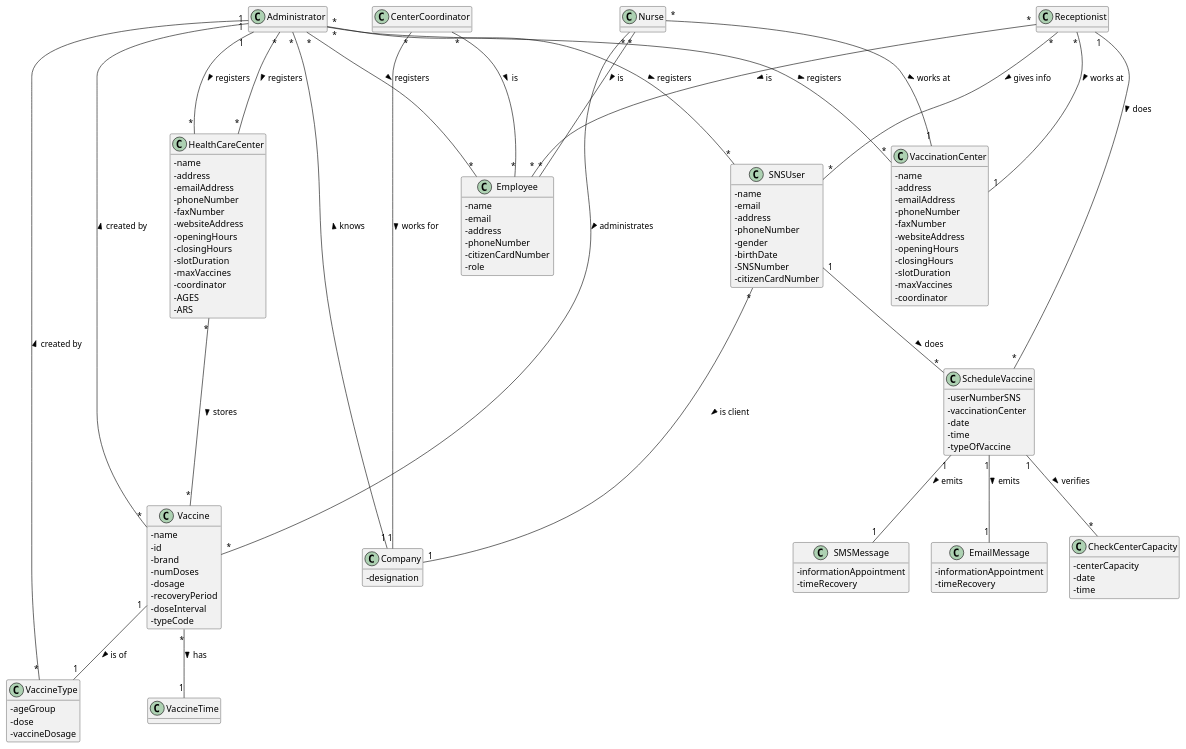
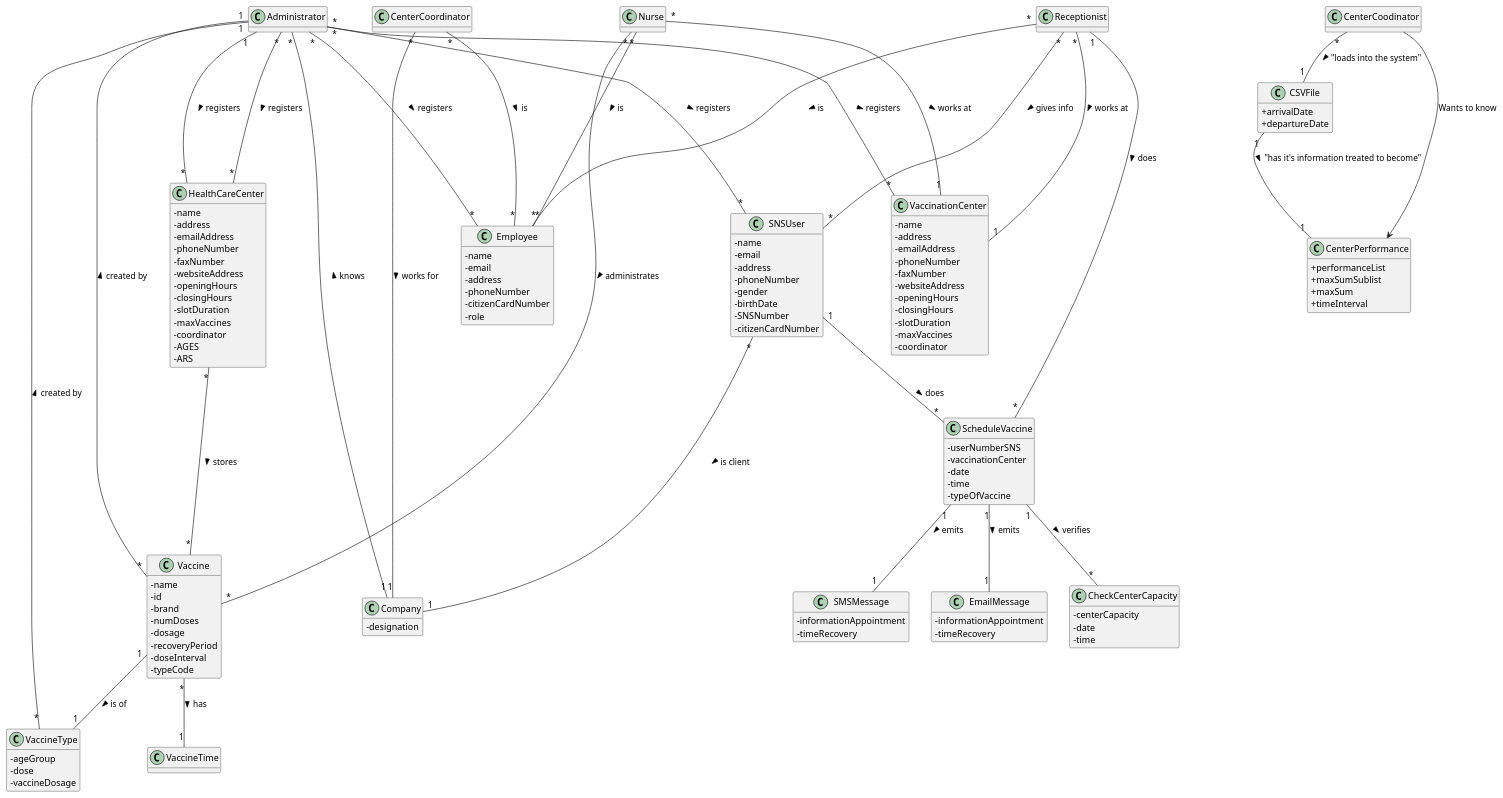
Before and after one commit to PedroMesquita1211171/VaccinationManager: the diagram in docs/SprintA/DM.puml, drawn with PlantUML. The commit also changed 15 other files, not shown here.

```diff
--- a/docs/SprintA/DM.puml
+++ b/docs/SprintA/DM.puml
@@ -1,147 +1,163 @@
 @startuml
 skinparam classAttributeIconSize 0
 hide methods
 
 class Administrator{
 }
 
 class Nurse{
 }
 
 class SNSUser{
 - name
  - email
  - address
  - phoneNumber
  - gender
  - birthDate
  - SNSNumber
  - citizenCardNumber
 }
 
 class Receptionist{
 }
 
 class CenterCoordinator{
 }
 
 class Company {
 - designation
 }
 
 class SMSMessage {
 - informationAppointment
 - timeRecovery
 }
 
 class EmailMessage {
 - informationAppointment
 - timeRecovery
 }
 
 class Vaccine {
 - name
  - id
  -  brand
  -  numDoses
  -  dosage
  -  recoveryPeriod
  -  doseInterval
  -  typeCode
 }
 
 class VaccineType {
 - ageGroup
 - dose
 - vaccineDosage
 }
 
 class CheckCenterCapacity {
 - centerCapacity
 - date
 - time
 }
 
 class ScheduleVaccine {
 - userNumberSNS
 - vaccinationCenter
 - date
 - time
 - typeOfVaccine
 }
 
 class VaccinationCenter {
   - name
   - address
   - emailAddress
   - phoneNumber
   - faxNumber
   - websiteAddress
   - openingHours
   - closingHours
   - slotDuration
   - maxVaccines
   - coordinator
 }
 class HealthCareCenter {
   - name
     - address
     - emailAddress
     - phoneNumber
     - faxNumber
     - websiteAddress
     - openingHours
     - closingHours
     - slotDuration
     - maxVaccines
     - coordinator
     -AGES
     -ARS
   }
 class Employee {
      -name
      -email
      -address
      -phoneNumber
      -citizenCardNumber
      -role
 }
 
+class CSVFile{
++ arrivalDate
++departureDate
+}
+class CenterPerformance{
++performanceList
++maxSumSublist
++maxSum
++timeInterval
+}
+
+
 Administrator "*"---"*" Employee: registers >
 Administrator "*"---"*" SNSUser : registers >
 Administrator "*"---"*" VaccinationCenter : registers >
 Administrator "*"---"*" HealthCareCenter : registers >
 
 Company "1"---"*" Administrator : knows >
 SNSUser "*"---"1" Company : is client >
 
 
 
 Nurse "*"---"*" Vaccine : administrates >
 Nurse "*"---"1" VaccinationCenter : works at >
 Nurse "*"---"*" Employee: is >
 
 Receptionist "*"---"*" SNSUser : gives info >
 Receptionist "*"---"1" VaccinationCenter : works at >
 Receptionist "*"---"*" Employee: is >
 
 CenterCoordinator "*"--"1" Company : works for >
 CenterCoordinator "*"---"*" Employee: is >
+CenterCoodinator "*"--"1" CSVFile : "loads into the system" >
+CenterCoodinator --> CenterPerformance : "Wants to know"
+CSVFile "1"--"1" CenterPerformance :"has it's information treated to become" >
+
 
 Vaccine "1"--"1" VaccineType : is of >
 Vaccine "*"--"1" VaccineTime : has >
 
 ScheduleVaccine "1"--"*" CheckCenterCapacity : verifies >
 HealthCareCenter "*"---"*" Vaccine : stores >
 VaccineType "*"--"1" Administrator : created by >
 Vaccine "*"--"1" Administrator : created by >
 
 Receptionist "1"--"*" ScheduleVaccine : does >
 ScheduleVaccine "1"--"1" EmailMessage : emits >
 ScheduleVaccine "1"--"1" SMSMessage : emits >
 SNSUser "1"--"*" ScheduleVaccine : does >
 Administrator "1"--"*" HealthCareCenter : registers >
 
 
 
 @endum
```
